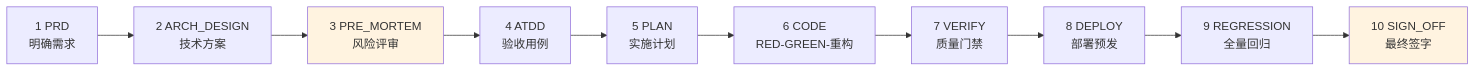
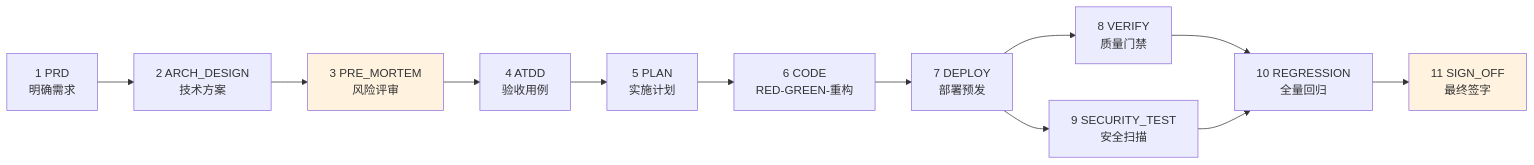
Before and after one commit to SynapseWoodland/SelfwellAgent: the first of 2 diagrams in harness/README-V2.md, drawn with Mermaid. The commit also changed other lines of this file and 2 other files, not shown here.

First line of the commit message:
refactor(harness): 调整 phase 顺序 DEPLOY → VERIFY + SECURITY_TEST 并行

````diff
--- a/harness/README-V2.md
+++ b/harness/README-V2.md
@@ -39,18 +39,19 @@
 ```mermaid
 flowchart LR
   A1[1 PRD<br/>明确需求]
   A2[2 ARCH_DESIGN<br/>技术方案]
   A3[3 PRE_MORTEM<br/>风险评审]
   A4[4 ATDD<br/>验收用例]
   A5[5 PLAN<br/>实施计划]
   A6[6 CODE<br/>RED-GREEN-重构]
-  A7[7 VERIFY<br/>质量门禁]
-  A8[8 DEPLOY<br/>部署预发]
-  A9[9 REGRESSION<br/>全量回归]
-  A10[10 SIGN_OFF<br/>最终签字]
+  A7[7 DEPLOY<br/>部署预发]
+  A8[8 VERIFY<br/>质量门禁]
+  A9[9 SECURITY_TEST<br/>安全扫描]
+  A10[10 REGRESSION<br/>全量回归]
+  A11[11 SIGN_OFF<br/>最终签字]
 
-  A1 --> A2 --> A3 --> A4 --> A5 --> A6 --> A7 --> A8 --> A9 --> A10
+  A1 --> A2 --> A3 --> A4 --> A5 --> A6 --> A7 --> A8 & A9 --> A10 --> A11
 
   style A3 fill:#fff3e0
-  style A10 fill:#fff3e0
+  style A11 fill:#fff3e0
 ```
````
